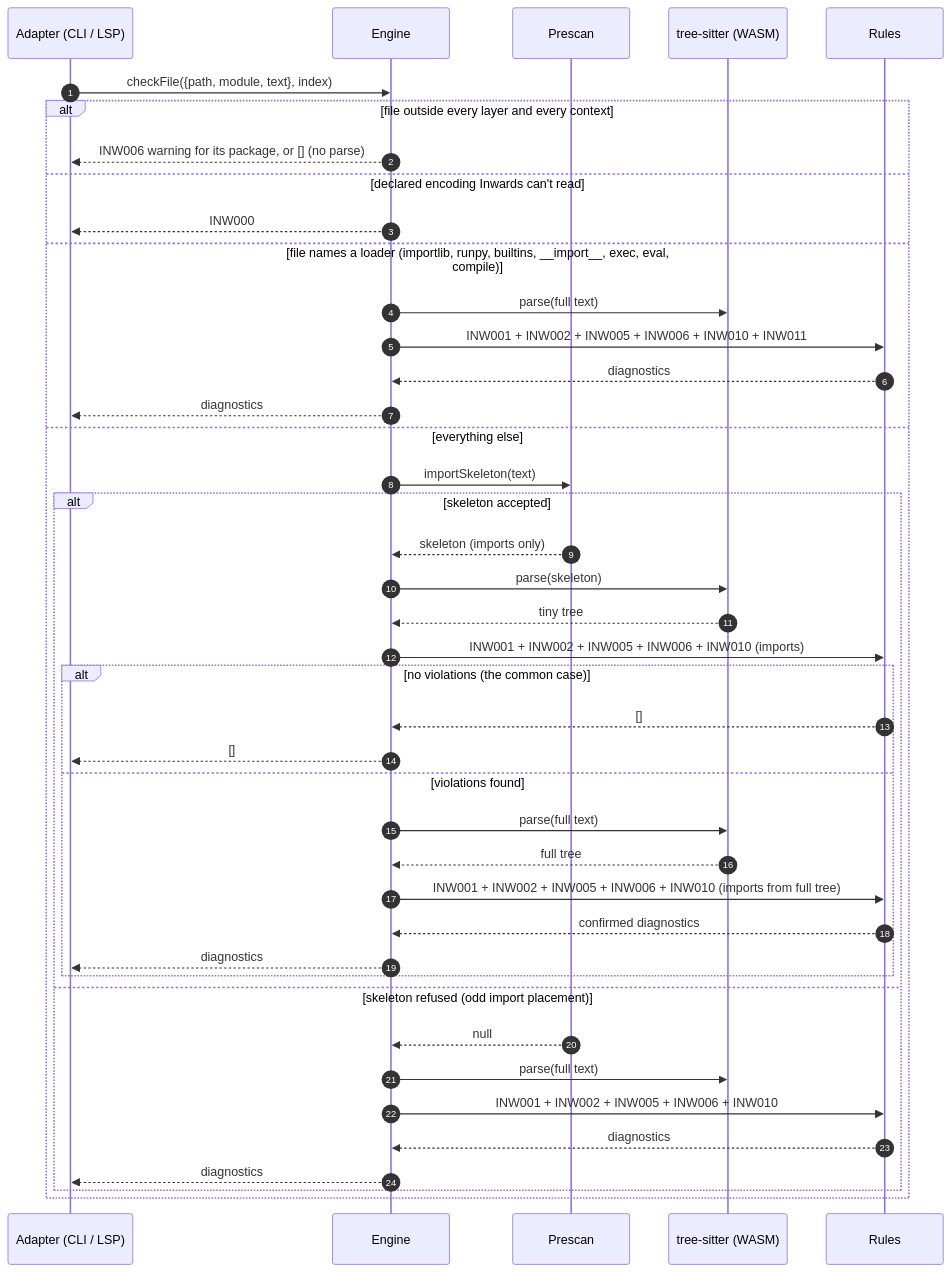
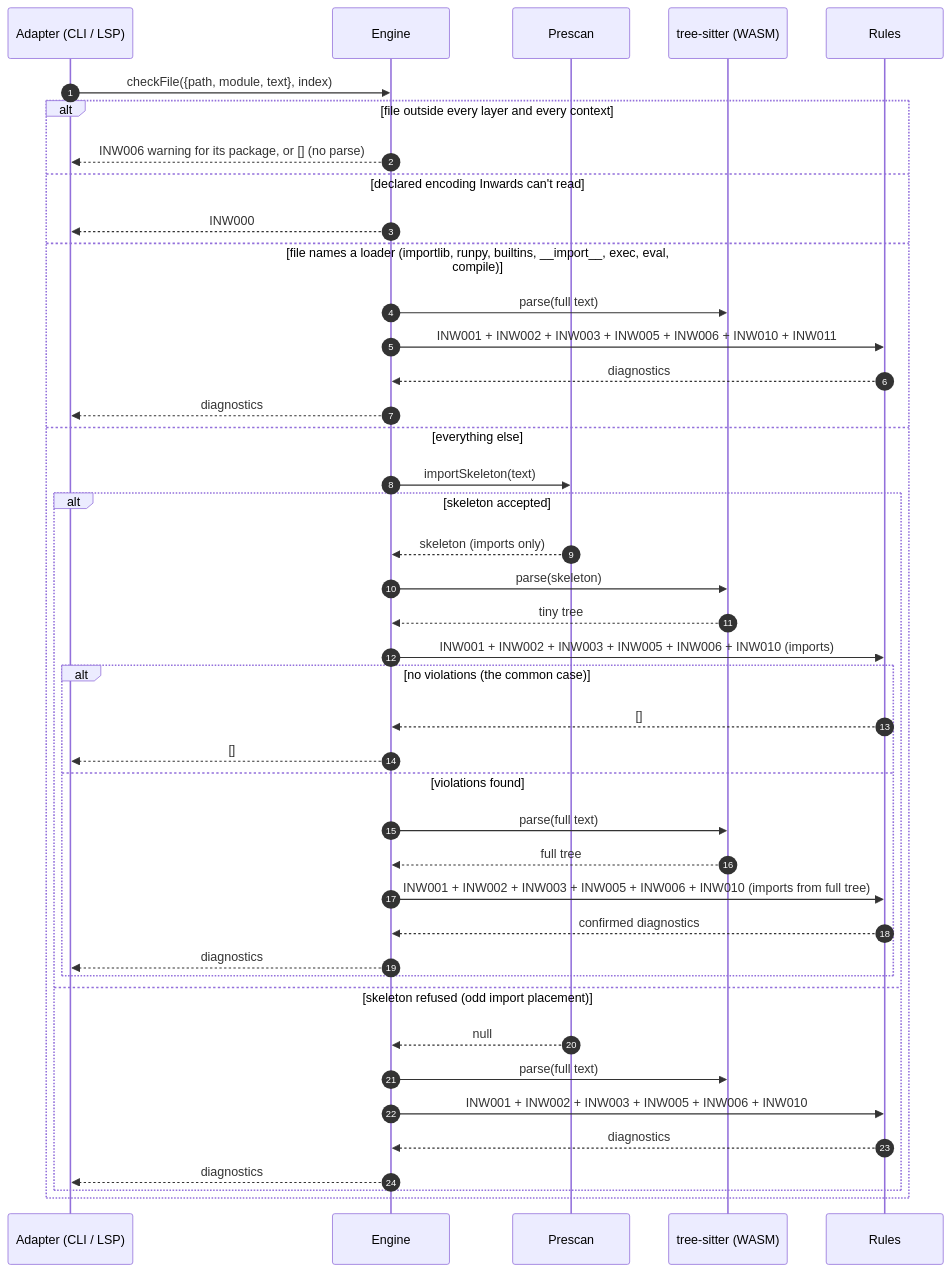
The fourth of 6 diagrams in docs/chapters/03-Architecture-C4.md (SirCypkowskyy/inwards), drawn with Mermaid before and after one commit. The commit also changed other lines of this file and 27 other files, not shown here.

````diff
--- a/docs/chapters/03-Architecture-C4.md
+++ b/docs/chapters/03-Architecture-C4.md
@@ -147,45 +147,45 @@
 ```mermaid
 sequenceDiagram
     autonumber
     participant A as Adapter (CLI / LSP)
     participant E as Engine
     participant P as Prescan
     participant T as tree-sitter (WASM)
     participant R as Rules
 
     A->>E: checkFile({path, module, text}, index)
     alt file outside every layer and every context
         E-->>A: INW006 warning for its package, or [] (no parse)
     else declared encoding Inwards can't read
         E-->>A: INW000
     else file names a loader (importlib, runpy, builtins, __import__, exec, eval, compile)
         E->>T: parse(full text)
-        E->>R: INW001 + INW002 + INW005 + INW006 + INW010 + INW011
+        E->>R: INW001 + INW002 + INW003 + INW005 + INW006 + INW010 + INW011
         R-->>E: diagnostics
         E-->>A: diagnostics
     else everything else
         E->>P: importSkeleton(text)
         alt skeleton accepted
             P-->>E: skeleton (imports only)
             E->>T: parse(skeleton)
             T-->>E: tiny tree
-            E->>R: INW001 + INW002 + INW005 + INW006 + INW010 (imports)
+            E->>R: INW001 + INW002 + INW003 + INW005 + INW006 + INW010 (imports)
             alt no violations (the common case)
                 R-->>E: []
                 E-->>A: []
             else violations found
                 E->>T: parse(full text)
                 T-->>E: full tree
-                E->>R: INW001 + INW002 + INW005 + INW006 + INW010 (imports from full tree)
+                E->>R: INW001 + INW002 + INW003 + INW005 + INW006 + INW010 (imports from full tree)
                 R-->>E: confirmed diagnostics
                 E-->>A: diagnostics
             end
         else skeleton refused (odd import placement)
             P-->>E: null
             E->>T: parse(full text)
-            E->>R: INW001 + INW002 + INW005 + INW006 + INW010
+            E->>R: INW001 + INW002 + INW003 + INW005 + INW006 + INW010
             R-->>E: diagnostics
             E-->>A: diagnostics
         end
     end
 ```
````
